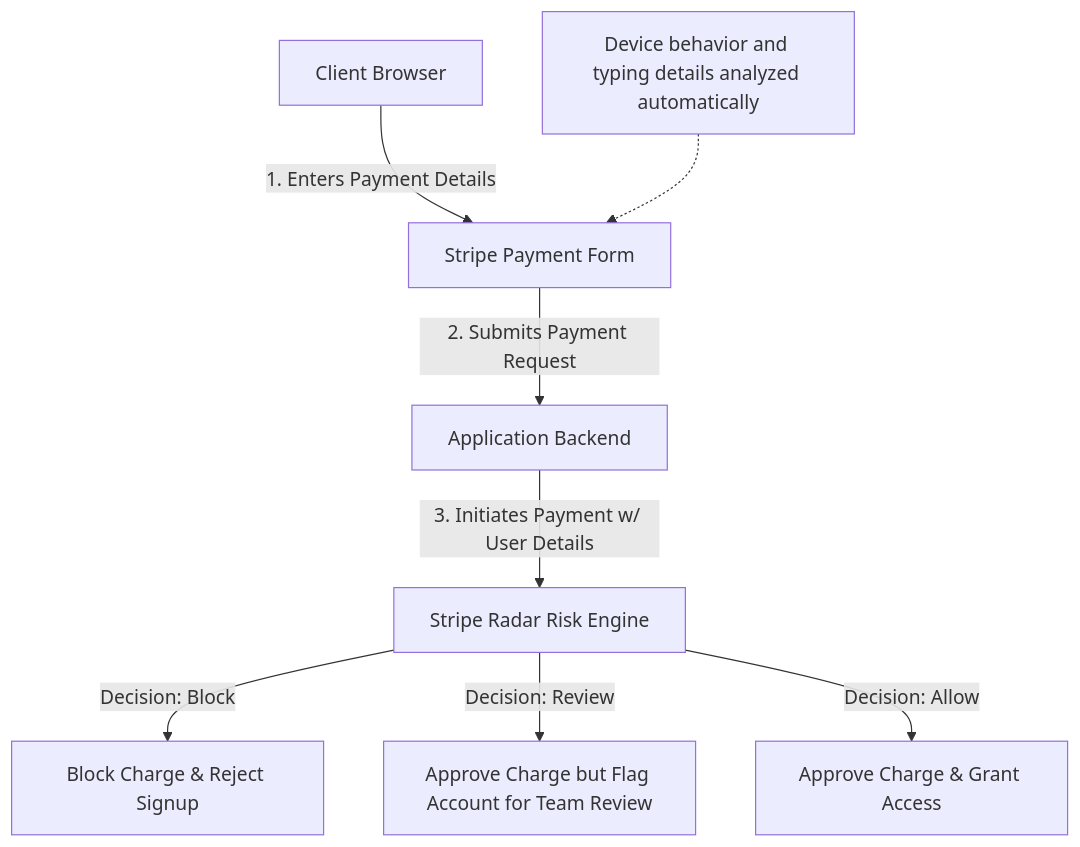
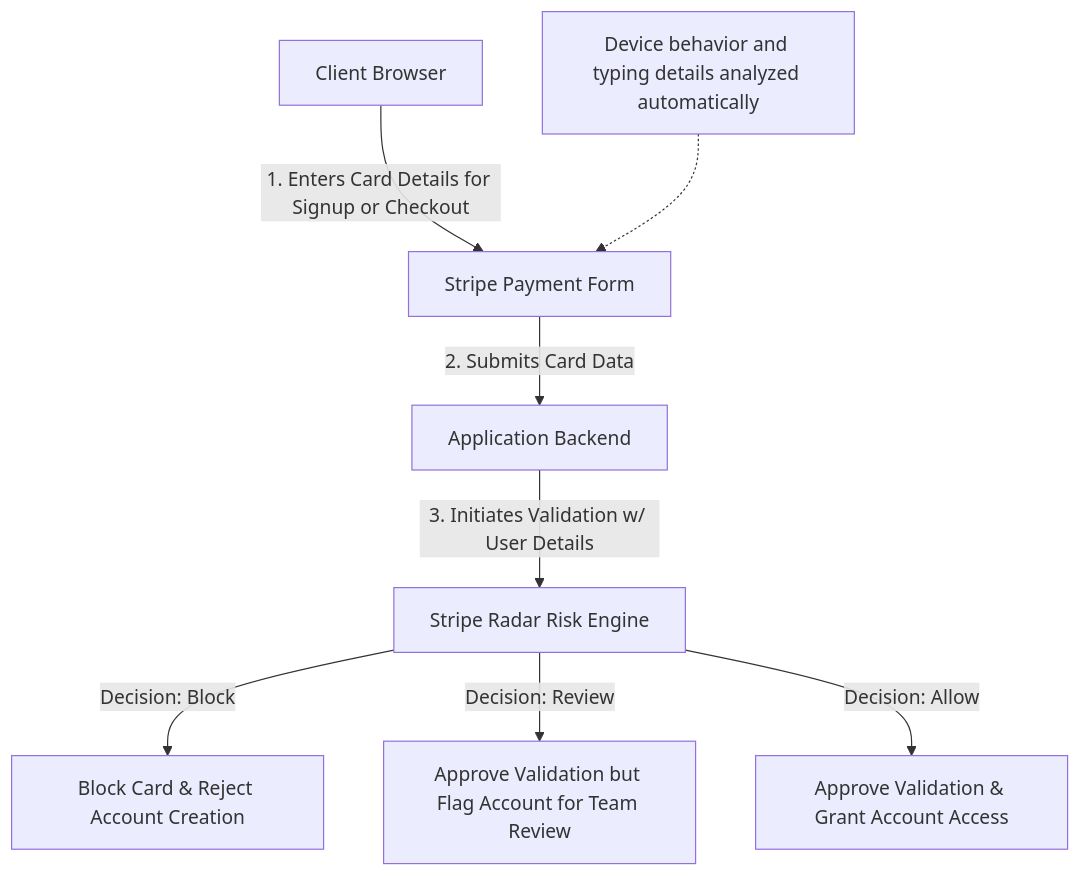
One commit to datum-cloud/enhancements changed the diagram in enhancements/platform/fraud-and-abuse/research.md. Above: the diagram before and after it, drawn with Mermaid. The commit also changed other lines of this file, not shown here.

Commit message:
docs: update Stripe Radar research to include card validation during account creation

````diff
--- a/enhancements/platform/fraud-and-abuse/research.md
+++ b/enhancements/platform/fraud-and-abuse/research.md
@@ -48,11 +50,11 @@
 ```mermaid
 graph TD
-    User[Client Browser] -->|1. Enters Payment Details| StripeElements[Stripe Payment Form]
+    User[Client Browser] -->|1. Enters Card Details for Signup or Checkout| StripeElements[Stripe Payment Form]
     Note[Device behavior and typing details analyzed automatically] -.-> StripeElements
-    StripeElements -->|2. Submits Payment Request| App[Application Backend]
-    App -->|3. Initiates Payment w/ User Details| StripeAPI[Stripe Radar Risk Engine]
+    StripeElements -->|2. Submits Card Data| App[Application Backend]
+    App -->|3. Initiates Validation w/ User Details| StripeAPI[Stripe Radar Risk Engine]
     
-    StripeAPI -->|Decision: Block| Block[Block Charge & Reject Signup]
-    StripeAPI -->|Decision: Review| Review[Approve Charge but Flag Account for Team Review]
-    StripeAPI -->|Decision: Allow| Allow[Approve Charge & Grant Access]
+    StripeAPI -->|Decision: Block| Block[Block Card & Reject Account Creation]
+    StripeAPI -->|Decision: Review| Review[Approve Validation but Flag Account for Team Review]
+    StripeAPI -->|Decision: Allow| Allow[Approve Validation & Grant Account Access]
 ```
````
